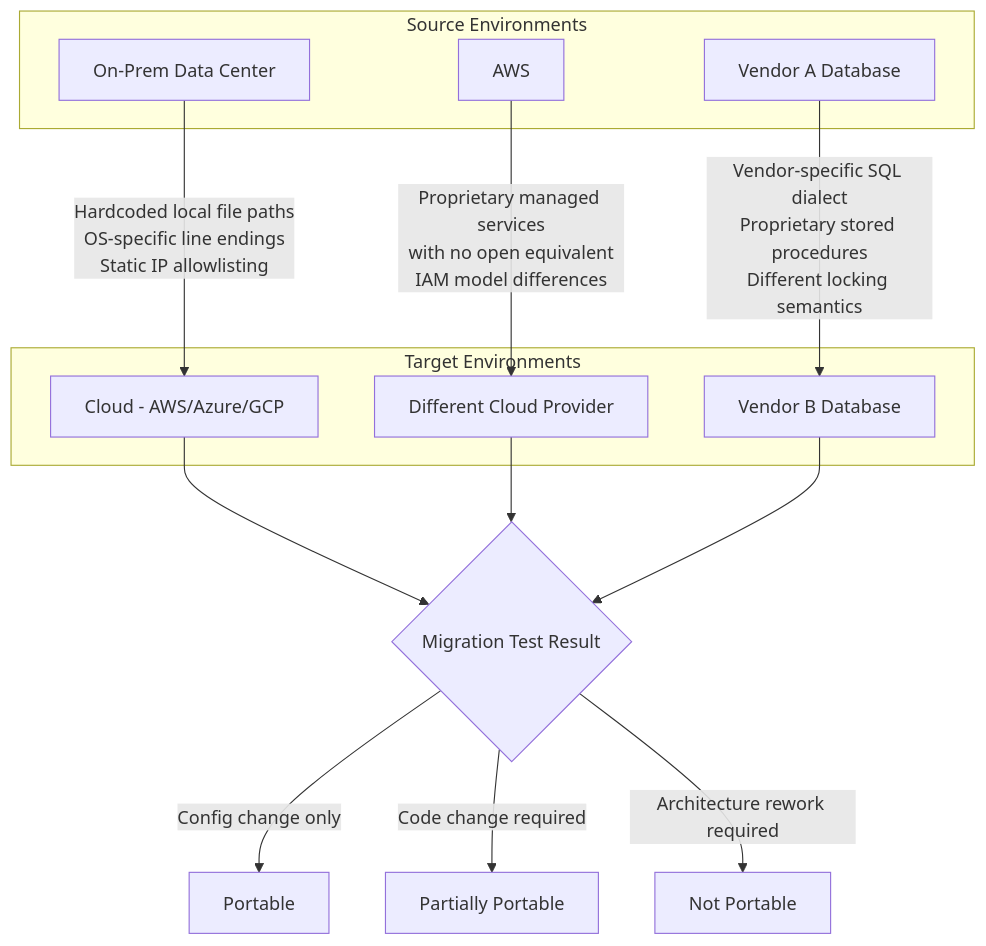
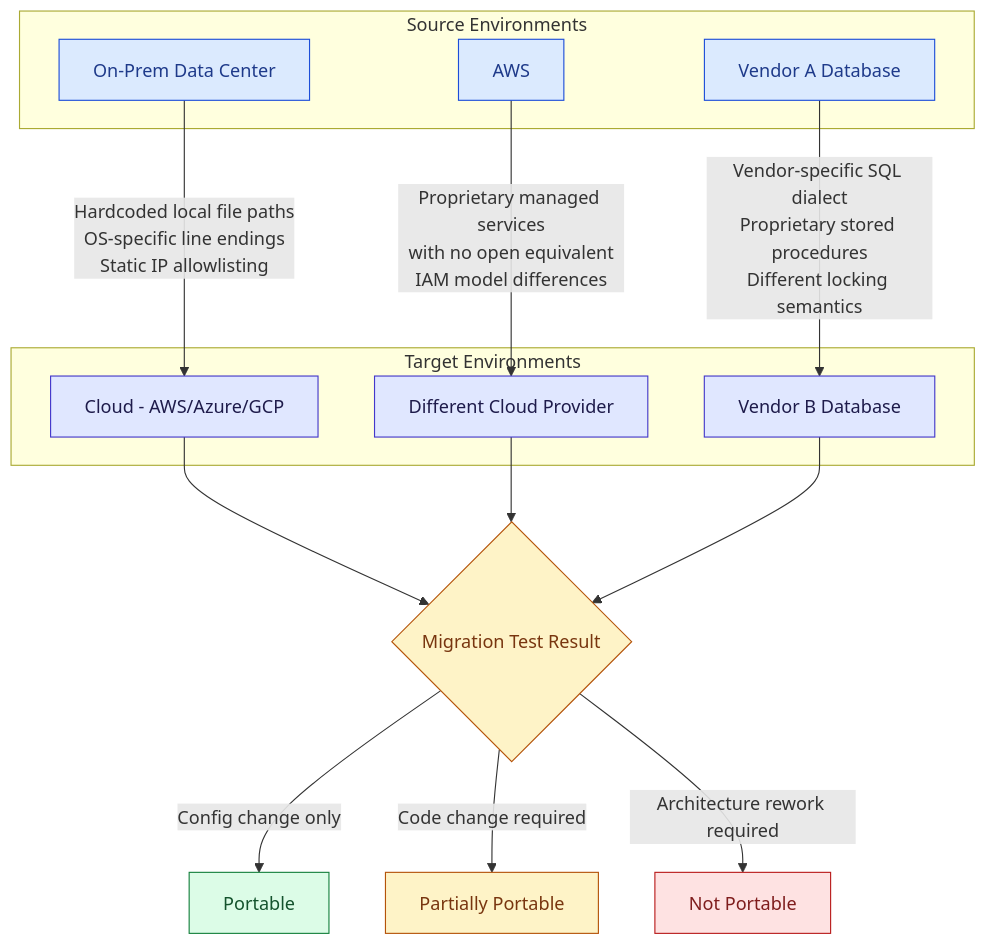
One commit to ghanendra-sdet/non-functional-testing-playbook changed the diagram in Part_10_Maintainability_Portability_Testing.md. Above: the diagram before and after it, drawn with Mermaid. The commit also changed 15 other files, not shown here.

Commit message:
Fix ToC anchors and theme re-render; update to OWASP 2025, WCAG 2.2, PCI DSS 4.0.1; style diagrams

````diff
--- a/Part_10_Maintainability_Portability_Testing.md
+++ b/Part_10_Maintainability_Portability_Testing.md
@@ -302,25 +302,36 @@
 ```mermaid
 graph TD
     subgraph Source Environments
         A1[On-Prem Data Center]
         A2[AWS]
         A3[Vendor A Database]
     end
 
     subgraph Target Environments
         B1[Cloud - AWS/Azure/GCP]
         B2[Different Cloud Provider]
         B3[Vendor B Database]
     end
 
     A1 -->|Hardcoded local file paths<br/>OS-specific line endings<br/>Static IP allowlisting| B1
     A2 -->|Proprietary managed services<br/>with no open equivalent<br/>IAM model differences| B2
     A3 -->|Vendor-specific SQL dialect<br/>Proprietary stored procedures<br/>Different locking semantics| B3
 
     B1 --> C{Migration Test Result}
     B2 --> C
     B3 --> C
     C -->|Config change only| PASS[Portable]
     C -->|Code change required| PARTIAL[Partially Portable]
     C -->|Architecture rework required| FAIL[Not Portable]
+
+    classDef start fill:#dbeafe,stroke:#1d4ed8,color:#1e3a8a
+    classDef step fill:#e0e7ff,stroke:#4338ca,color:#1e1b4b
+    classDef decision fill:#fef3c7,stroke:#b45309,color:#78350f
+    classDef good fill:#dcfce7,stroke:#15803d,color:#14532d
+    classDef bad fill:#fee2e2,stroke:#b91c1c,color:#7f1d1d
+    class A1,A2,A3 start
+    class B1,B2,B3 step
+    class C,PARTIAL decision
+    class PASS good
+    class FAIL bad
 ```
````
